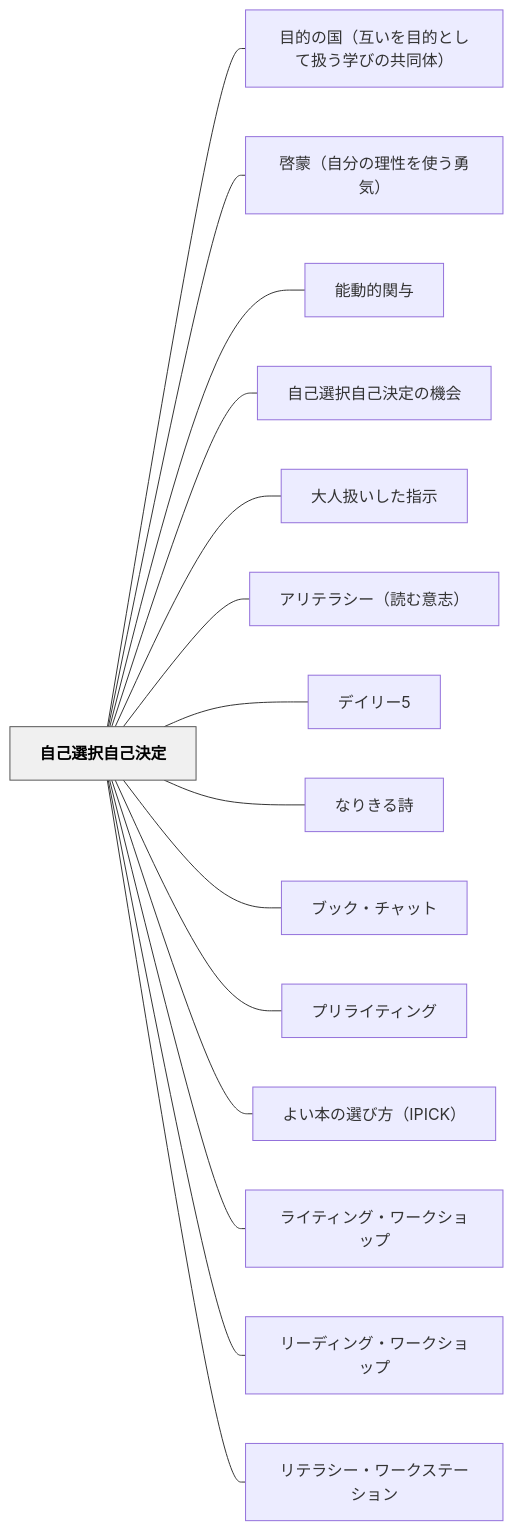
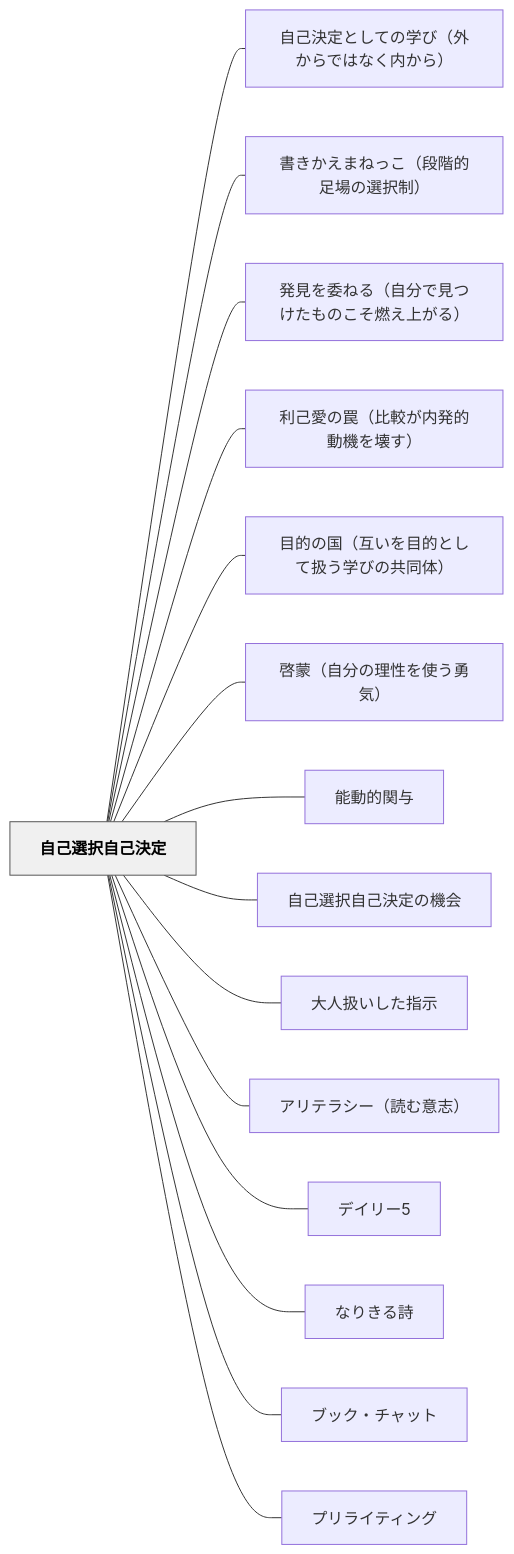
The diagram in content/パタン/自己選択自己決定.md (unknownthings-ed-patterns/unknownthings-ed-patterns), drawn with Mermaid before and after one commit. The commit also changed other lines of this file and 185 other files, not shown here.

````diff
--- a/content/パタン/自己選択自己決定.md
+++ b/content/パタン/自己選択自己決定.md
@@ -66,36 +66,36 @@
 ```mermaid
 flowchart LR
     ne887aae5b7b1e981b8e68a9ee887aae5b7b1e6b1bae5ae9a["自己選択自己決定"]
+    ne887aae5b7b1e6b1bae5ae9ae381a8e38197e381a6e381aee5ada6e381b3efbc88e5a496e3818be38289e381a7e381afe381aae3818fe58685e3818be38289efbc89["自己決定としての学び（外からではなく内から）"]
+    ne69bb8e3818de3818be38188e381bee381ade381a3e38193efbc88e6aeb5e99a8ee79a84e8b6b3e5a0b4e381aee981b8e68a9ee588b6efbc89["書きかえまねっこ（段階的足場の選択制）"]
+    ne799bae8a68be38292e5a794e381ade3828befbc88e887aae58886e381a7e8a68be381a4e38191e3819fe38282e381aee38193e3819de78783e38188e4b88ae3818ce3828befbc89["発見を委ねる（自分で見つけたものこそ燃え上がる）"]
+    ne588a9e5b7b1e6849be381aee7bda0efbc88e6af94e8bc83e3818ce58685e799bae79a84e58b95e6a99fe38292e5a38ae38199efbc89["利己愛の罠（比較が内発的動機を壊す）"]
     ne79baee79a84e381aee59bbdefbc88e4ba92e38184e38292e79baee79a84e381a8e38197e381a6e689b1e38186e5ada6e381b3e381aee585b1e5908ce4bd93efbc89["目的の国（互いを目的として扱う学びの共同体）"]
     ne59593e89299efbc88e887aae58886e381aee79086e680a7e38292e4bdbfe38186e58b87e6b097efbc89["啓蒙（自分の理性を使う勇気）"]
     ne883bde58b95e79a84e996a2e4b88e["能動的関与"]
     ne887aae5b7b1e981b8e68a9ee887aae5b7b1e6b1bae5ae9ae381aee6a99fe4bc9a["自己選択自己決定の機会"]
     ne5a4a7e4babae689b1e38184e38197e3819fe68c87e7a4ba["大人扱いした指示"]
     ne382a2e383aae38386e383a9e382b7e383bcefbc88e8aaade38280e6848fe5bf97efbc89["アリテラシー（読む意志）"]
     ne38387e382a4e383aae383bc35["デイリー5"]
     ne381aae3828ae3818de3828be8a9a9["なりきる詩"]
     ne38396e38383e382afe383bbe38381e383a3e38383e38388["ブック・チャット"]
     ne38397e383aae383a9e382a4e38386e382a3e383b3e382b0["プリライティング"]
-    ne38288e38184e69cace381aee981b8e381b3e696b9efbc88495049434befbc89["よい本の選び方（IPICK）"]
-    ne383a9e382a4e38386e382a3e383b3e382b0e383bbe383afe383bce382afe382b7e383a7e38383e38397["ライティング・ワークショップ"]
-    ne383aae383bce38387e382a3e383b3e382b0e383bbe383afe383bce382afe382b7e383a7e38383e38397["リーディング・ワークショップ"]
-    ne383aae38386e383a9e382b7e383bce383bbe383afe383bce382afe382b9e38386e383bce382b7e383a7e383b3["リテラシー・ワークステーション"]
 
+    ne887aae5b7b1e981b8e68a9ee887aae5b7b1e6b1bae5ae9a --- ne887aae5b7b1e6b1bae5ae9ae381a8e38197e381a6e381aee5ada6e381b3efbc88e5a496e3818be38289e381a7e381afe381aae3818fe58685e3818be38289efbc89
+    ne887aae5b7b1e981b8e68a9ee887aae5b7b1e6b1bae5ae9a --- ne69bb8e3818de3818be38188e381bee381ade381a3e38193efbc88e6aeb5e99a8ee79a84e8b6b3e5a0b4e381aee981b8e68a9ee588b6efbc89
+    ne887aae5b7b1e981b8e68a9ee887aae5b7b1e6b1bae5ae9a --- ne799bae8a68be38292e5a794e381ade3828befbc88e887aae58886e381a7e8a68be381a4e38191e3819fe38282e381aee38193e3819de78783e38188e4b88ae3818ce3828befbc89
+    ne887aae5b7b1e981b8e68a9ee887aae5b7b1e6b1bae5ae9a --- ne588a9e5b7b1e6849be381aee7bda0efbc88e6af94e8bc83e3818ce58685e799bae79a84e58b95e6a99fe38292e5a38ae38199efbc89
     ne887aae5b7b1e981b8e68a9ee887aae5b7b1e6b1bae5ae9a --- ne79baee79a84e381aee59bbdefbc88e4ba92e38184e38292e79baee79a84e381a8e38197e381a6e689b1e38186e5ada6e381b3e381aee585b1e5908ce4bd93efbc89
     ne887aae5b7b1e981b8e68a9ee887aae5b7b1e6b1bae5ae9a --- ne59593e89299efbc88e887aae58886e381aee79086e680a7e38292e4bdbfe38186e58b87e6b097efbc89
     ne887aae5b7b1e981b8e68a9ee887aae5b7b1e6b1bae5ae9a --- ne883bde58b95e79a84e996a2e4b88e
     ne887aae5b7b1e981b8e68a9ee887aae5b7b1e6b1bae5ae9a --- ne887aae5b7b1e981b8e68a9ee887aae5b7b1e6b1bae5ae9ae381aee6a99fe4bc9a
     ne887aae5b7b1e981b8e68a9ee887aae5b7b1e6b1bae5ae9a --- ne5a4a7e4babae689b1e38184e38197e3819fe68c87e7a4ba
     ne887aae5b7b1e981b8e68a9ee887aae5b7b1e6b1bae5ae9a --- ne382a2e383aae38386e383a9e382b7e383bcefbc88e8aaade38280e6848fe5bf97efbc89
     ne887aae5b7b1e981b8e68a9ee887aae5b7b1e6b1bae5ae9a --- ne38387e382a4e383aae383bc35
     ne887aae5b7b1e981b8e68a9ee887aae5b7b1e6b1bae5ae9a --- ne381aae3828ae3818de3828be8a9a9
     ne887aae5b7b1e981b8e68a9ee887aae5b7b1e6b1bae5ae9a --- ne38396e38383e382afe383bbe38381e383a3e38383e38388
     ne887aae5b7b1e981b8e68a9ee887aae5b7b1e6b1bae5ae9a --- ne38397e383aae383a9e382a4e38386e382a3e383b3e382b0
-    ne887aae5b7b1e981b8e68a9ee887aae5b7b1e6b1bae5ae9a --- ne38288e38184e69cace381aee981b8e381b3e696b9efbc88495049434befbc89
-    ne887aae5b7b1e981b8e68a9ee887aae5b7b1e6b1bae5ae9a --- ne383a9e382a4e38386e382a3e383b3e382b0e383bbe383afe383bce382afe382b7e383a7e38383e38397
-    ne887aae5b7b1e981b8e68a9ee887aae5b7b1e6b1bae5ae9a --- ne383aae383bce38387e382a3e383b3e382b0e383bbe383afe383bce382afe382b7e383a7e38383e38397
-    ne887aae5b7b1e981b8e68a9ee887aae5b7b1e6b1bae5ae9a --- ne383aae38386e383a9e382b7e383bce383bbe383afe383bce382afe382b9e38386e383bce382b7e383a7e383b3
 
     classDef hub fill:#f0f0f0,stroke:#555,color:#000,font-weight:bold
     class ne887aae5b7b1e981b8e68a9ee887aae5b7b1e6b1bae5ae9a hub
 ```
````
